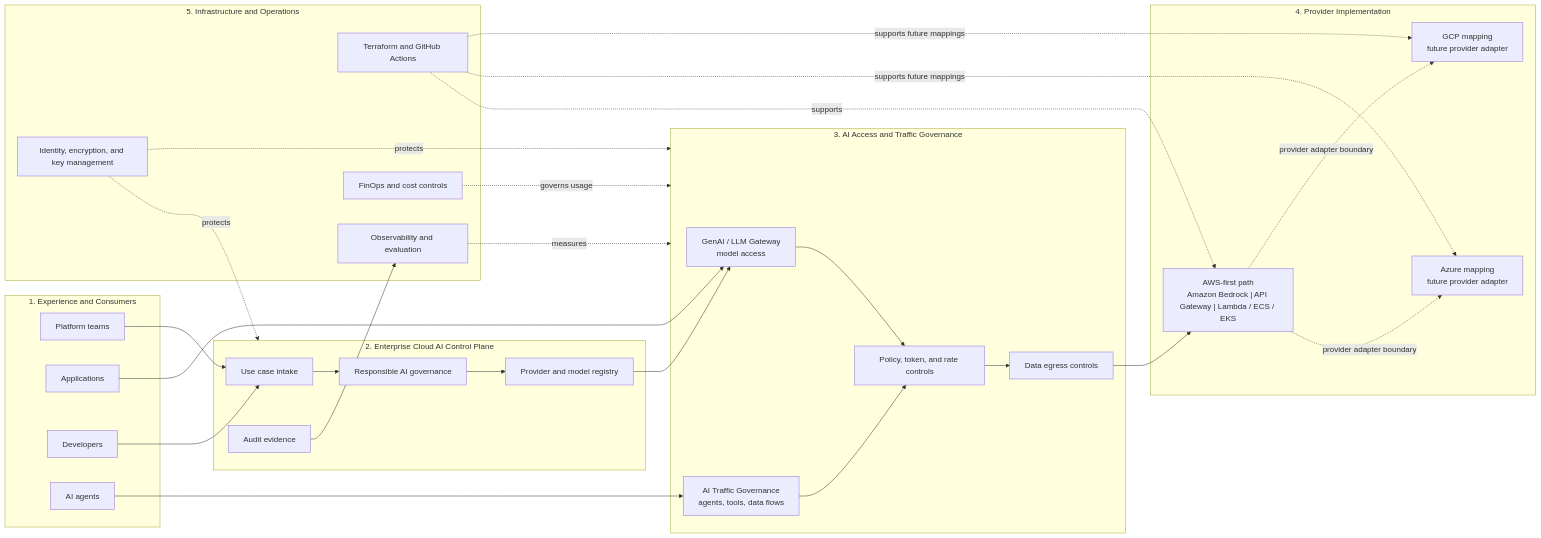
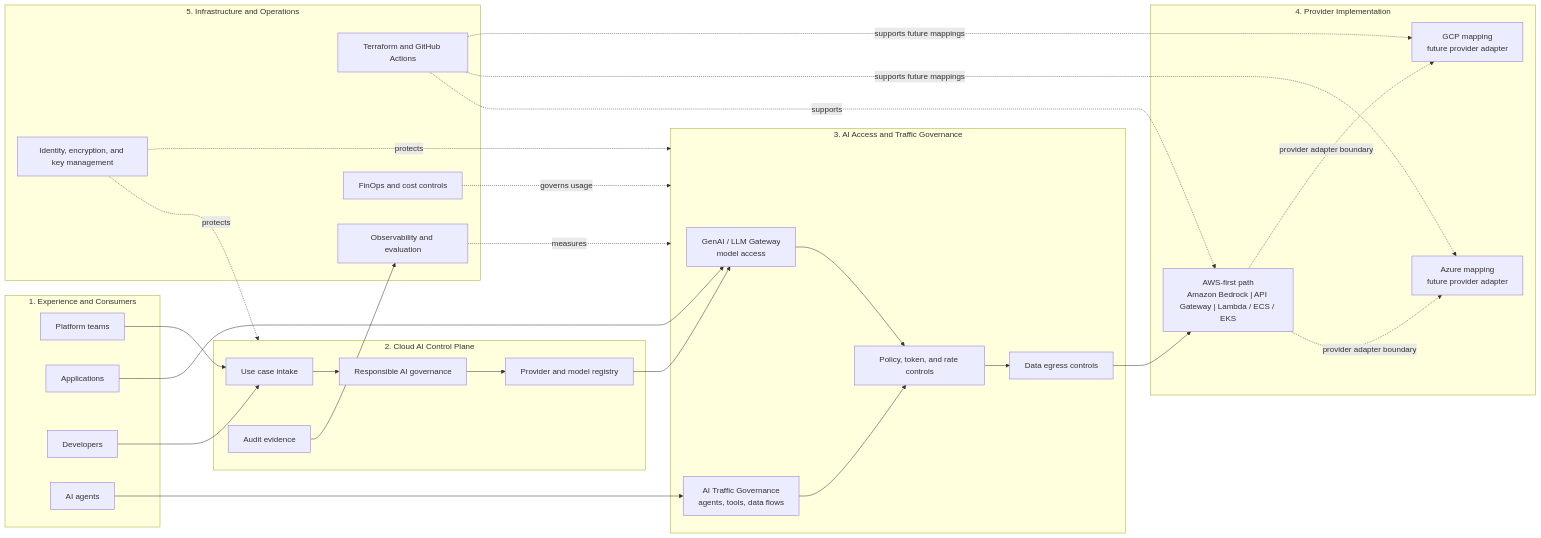
Before and after one commit to afaryy/cloudai-platform: the second of 4 diagrams in docs/architecture.md, drawn with Mermaid. The commit also changed other lines of this file and 2 other files, not shown here.

Commit message:
docs(p1-architecture): refine CloudAI control plane wording

````diff
--- a/docs/architecture.md
+++ b/docs/architecture.md
@@ -44,62 +44,62 @@
 ```mermaid
 flowchart LR
   subgraph experience["1. Experience and Consumers"]
     teams["Platform teams"]
     apps["Applications"]
     developers["Developers"]
     agents["AI agents"]
   end
 
-  subgraph control["2. Enterprise Cloud AI Control Plane"]
+  subgraph control["2. Cloud AI Control Plane"]
     intake["Use case intake"]
     governance["Responsible AI governance"]
     registry["Provider and model registry"]
     evidence["Audit evidence"]
   end
 
   subgraph access["3. AI Access and Traffic Governance"]
     llm["GenAI / LLM Gateway<br/>model access"]
     traffic["AI Traffic Governance<br/>agents, tools, data flows"]
     policy["Policy, token, and rate controls"]
     egress["Data egress controls"]
   end
 
   subgraph provider["4. Provider Implementation"]
     aws["AWS-first path<br/>Amazon Bedrock | API Gateway | Lambda / ECS / EKS"]
     azure["Azure mapping<br/>future provider adapter"]
     gcp["GCP mapping<br/>future provider adapter"]
   end
 
   subgraph ops["5. Infrastructure and Operations"]
     iac["Terraform and GitHub Actions"]
     identity["Identity, encryption, and key management"]
     observability["Observability and evaluation"]
     finops["FinOps and cost controls"]
   end
 
   teams --> intake
   apps --> llm
   developers --> intake
   agents --> traffic
 
   intake --> governance
   governance --> registry
   registry --> llm
   evidence --> observability
 
   llm --> policy
   traffic --> policy
   policy --> egress
   egress --> aws
 
   aws -. "provider adapter boundary" .-> azure
   aws -. "provider adapter boundary" .-> gcp
 
   iac -. "supports" .-> aws
   iac -. "supports future mappings" .-> azure
   iac -. "supports future mappings" .-> gcp
   identity -. "protects" .-> control
   identity -. "protects" .-> access
   observability -. "measures" .-> access
   finops -. "governs usage" .-> access
 ```
````
